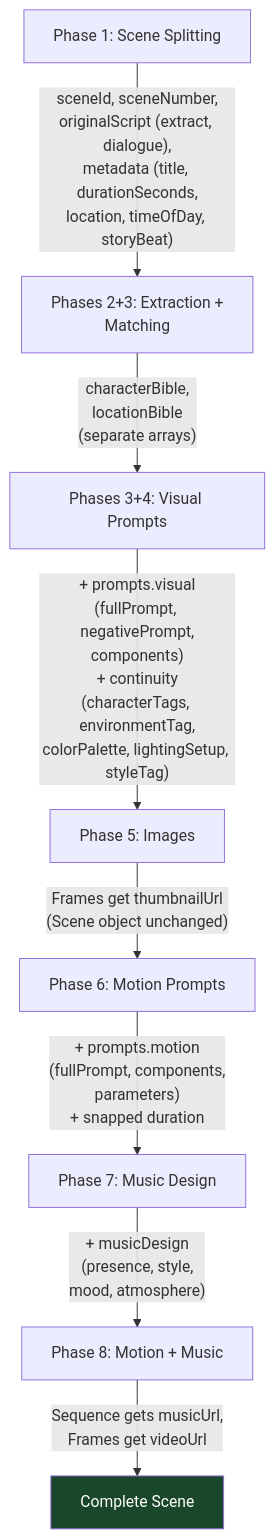
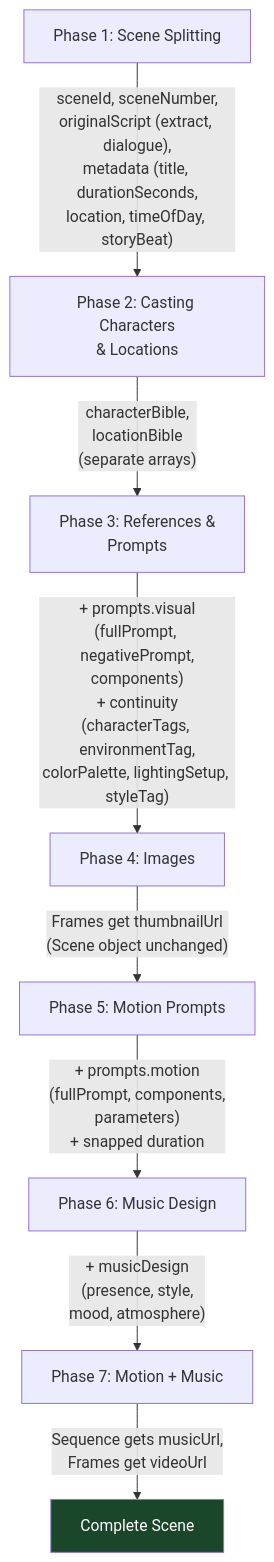
One commit to hhwjsw711/openstory changed the sixth of 6 diagrams in docs/workflow.md. Above: the diagram before and after it, drawn with Mermaid. The commit also changed other lines of this file and 11 other files, not shown here.

````diff
--- a/docs/workflow.md
+++ b/docs/workflow.md
@@ -412,12 +412,12 @@
 ```mermaid
 flowchart TD
     P1["Phase 1: Scene Splitting"] -->|"sceneId, sceneNumber,<br/>originalScript (extract, dialogue),<br/>metadata (title, durationSeconds,<br/>location, timeOfDay, storyBeat)"| P2
-    P2["Phases 2+3: Extraction +<br/>Matching"] -->|"characterBible,<br/>locationBible<br/>(separate arrays)"| P3
-    P3["Phases 3+4: Visual Prompts"] -->|"+ prompts.visual<br/>(fullPrompt, negativePrompt,<br/>components)<br/>+ continuity<br/>(characterTags, environmentTag,<br/>colorPalette, lightingSetup, styleTag)"| P5
-    P5["Phase 5: Images"] -->|"Frames get thumbnailUrl<br/>(Scene object unchanged)"| P6
-    P6["Phase 6: Motion Prompts"] -->|"+ prompts.motion<br/>(fullPrompt, components,<br/>parameters)<br/>+ snapped duration"| P7
-    P7["Phase 7: Music Design"] -->|"+ musicDesign<br/>(presence, style,<br/>mood, atmosphere)"| P8
-    P8["Phase 8: Motion + Music"] -->|"Sequence gets musicUrl,<br/>Frames get videoUrl"| Final["Complete Scene"]
+    P2["Phase 2: Casting Characters<br/>& Locations"] -->|"characterBible,<br/>locationBible<br/>(separate arrays)"| P3
+    P3["Phase 3: References &<br/>Prompts"] -->|"+ prompts.visual<br/>(fullPrompt, negativePrompt,<br/>components)<br/>+ continuity<br/>(characterTags, environmentTag,<br/>colorPalette, lightingSetup, styleTag)"| P4
+    P4["Phase 4: Images"] -->|"Frames get thumbnailUrl<br/>(Scene object unchanged)"| P5
+    P5["Phase 5: Motion Prompts"] -->|"+ prompts.motion<br/>(fullPrompt, components,<br/>parameters)<br/>+ snapped duration"| P6
+    P6["Phase 6: Music Design"] -->|"+ musicDesign<br/>(presence, style,<br/>mood, atmosphere)"| P7
+    P7["Phase 7: Motion + Music"] -->|"Sequence gets musicUrl,<br/>Frames get videoUrl"| Final["Complete Scene"]
 
     style Final fill:#1a472a,color:#fff
 ```
````
